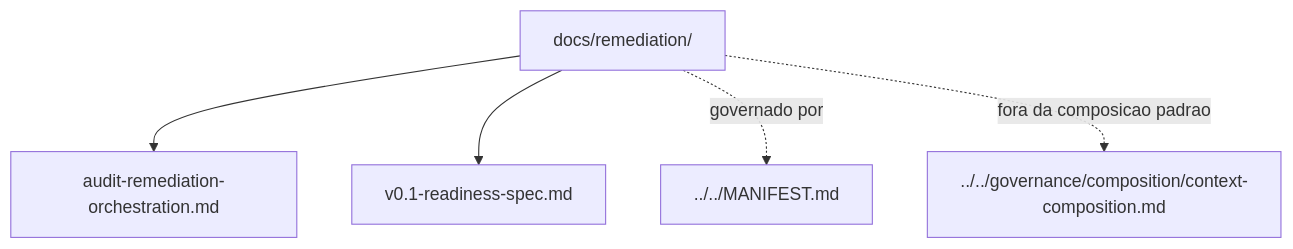
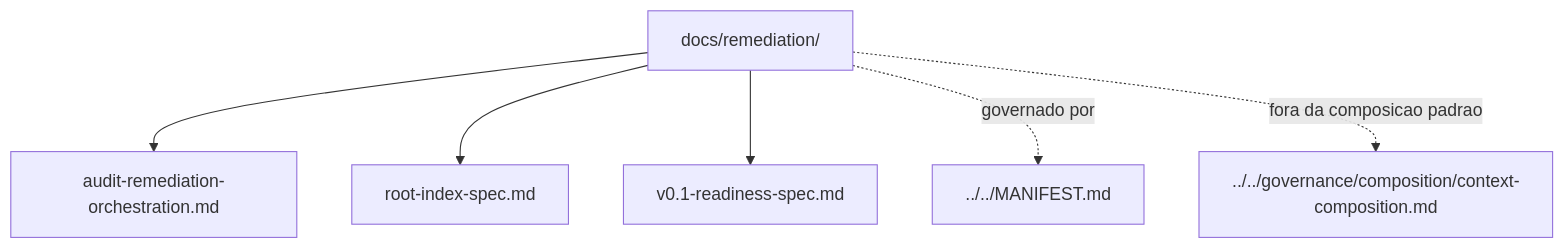
The diagram in docs/remediation/README.md (moreira-and/agent-ops), drawn with Mermaid before and after one commit. The commit also changed other lines of this file and 34 other files, not shown here.

````diff
--- a/docs/remediation/README.md
+++ b/docs/remediation/README.md
@@ -64,8 +64,9 @@
 ```mermaid
 flowchart TD
     current["docs/remediation/"]
     current --> n1["audit-remediation-orchestration.md"]
-    current --> n2["v0.1-readiness-spec.md"]
-    current -. "governado por" .-> n3["../../MANIFEST.md"]
-    current -. "fora da composicao padrao" .-> n4["../../governance/composition/context-composition.md"]
+    current --> n2["root-index-spec.md"]
+    current --> n3["v0.1-readiness-spec.md"]
+    current -. "governado por" .-> n4["../../MANIFEST.md"]
+    current -. "fora da composicao padrao" .-> n5["../../governance/composition/context-composition.md"]
 ```
````
